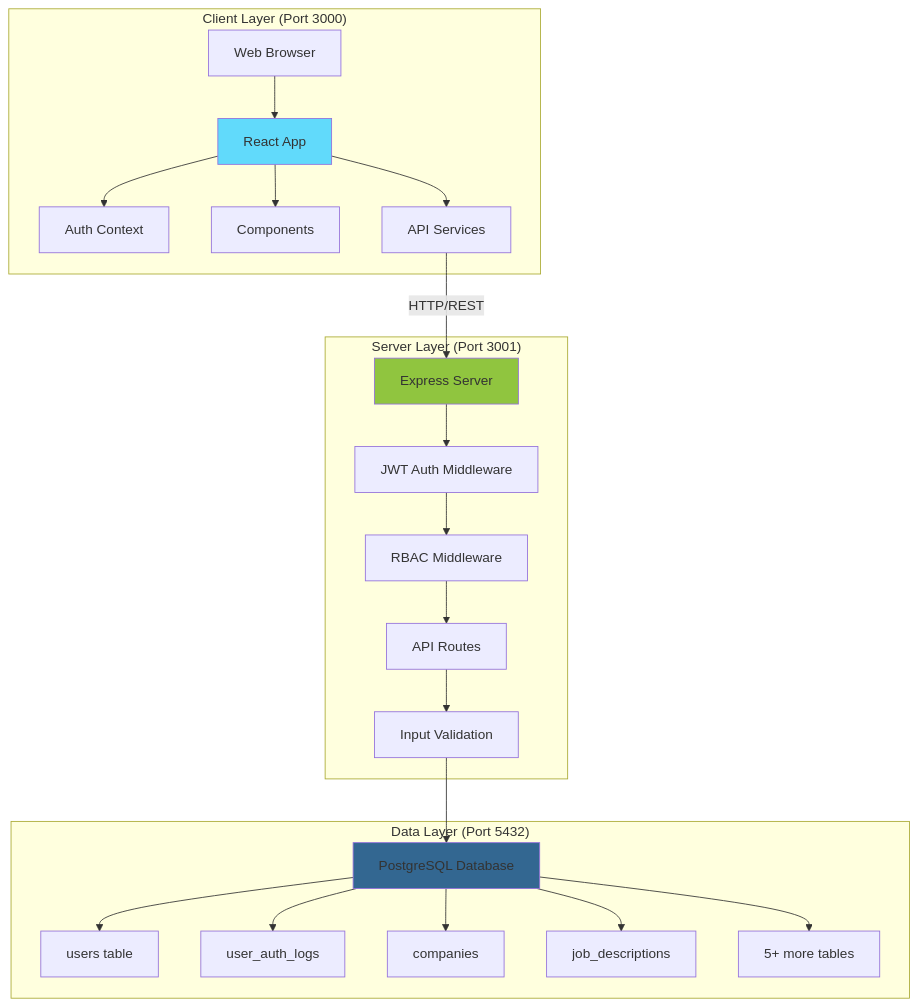
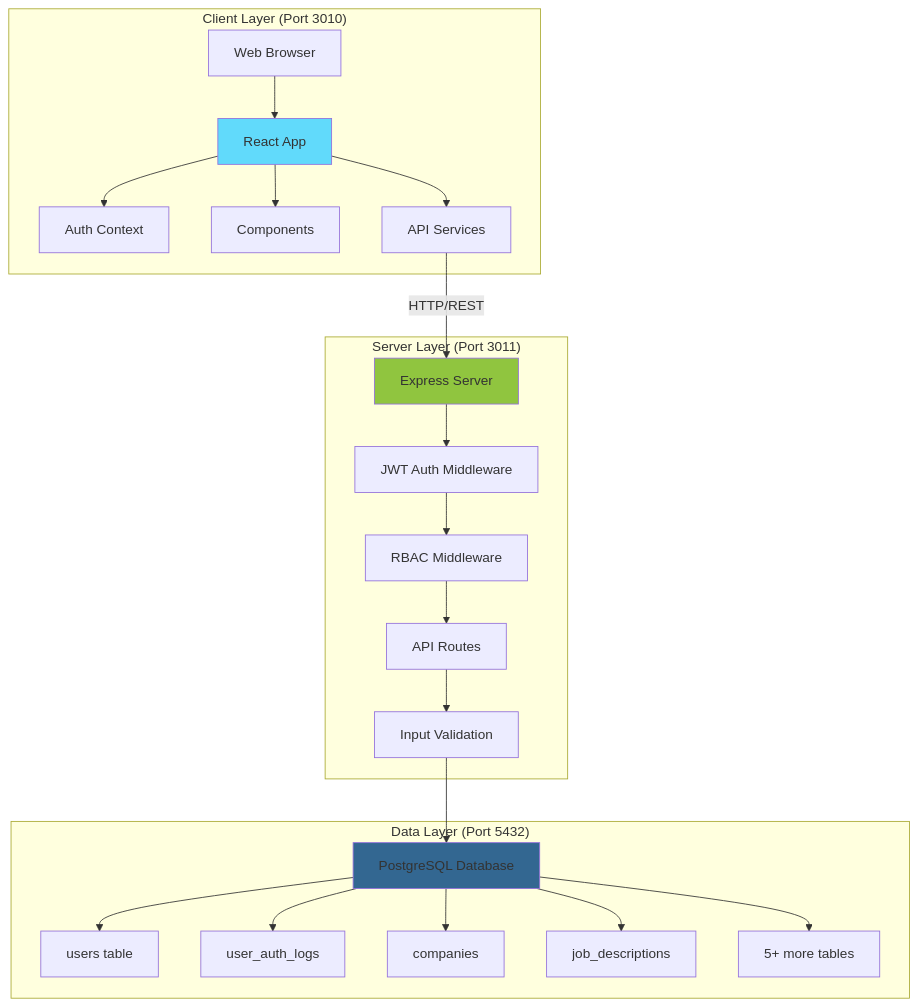
One commit to sbecker11/spexture-com changed the first of 3 diagrams in docs/02_FEATURES.md. Above: the diagram before and after it, drawn with Mermaid. The commit also changed other lines of this file and 41 other files, not shown here.

````diff
--- a/docs/02_FEATURES.md
+++ b/docs/02_FEATURES.md
@@ -22,47 +22,47 @@
 ```mermaid
 graph TB
-    subgraph "Client Layer (Port 3000)"
+    subgraph "Client Layer (Port 3010)"
         Browser[Web Browser]
         React[React App]
         AuthContext[Auth Context]
         Components[Components]
         Services[API Services]
     end
 
-    subgraph "Server Layer (Port 3001)"
+    subgraph "Server Layer (Port 3011)"
         Express[Express Server]
         Auth[JWT Auth Middleware]
         RBAC[RBAC Middleware]
         Routes[API Routes]
         Validation[Input Validation]
     end
 
     subgraph "Data Layer (Port 5432)"
         PostgreSQL[PostgreSQL Database]
         Users[users table]
         AuthLogs[user_auth_logs]
         Companies[companies]
         JDs[job_descriptions]
         Other[5+ more tables]
     end
 
     Browser --> React
     React --> AuthContext
     React --> Components
     React --> Services
     Services -->|HTTP/REST| Express
     Express --> Auth
     Auth --> RBAC
     RBAC --> Routes
     Routes --> Validation
     Validation --> PostgreSQL
     PostgreSQL --> Users
     PostgreSQL --> AuthLogs
     PostgreSQL --> Companies
     PostgreSQL --> JDs
     PostgreSQL --> Other
 
     style React fill:#61dafb
     style Express fill:#90c53f
     style PostgreSQL fill:#336791
 ```
````
